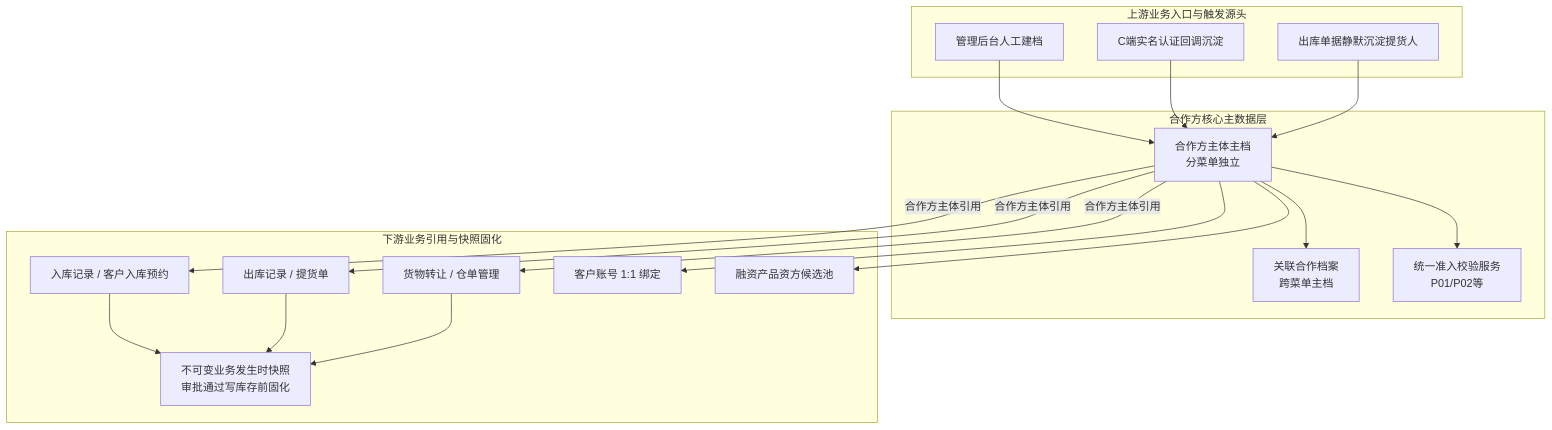
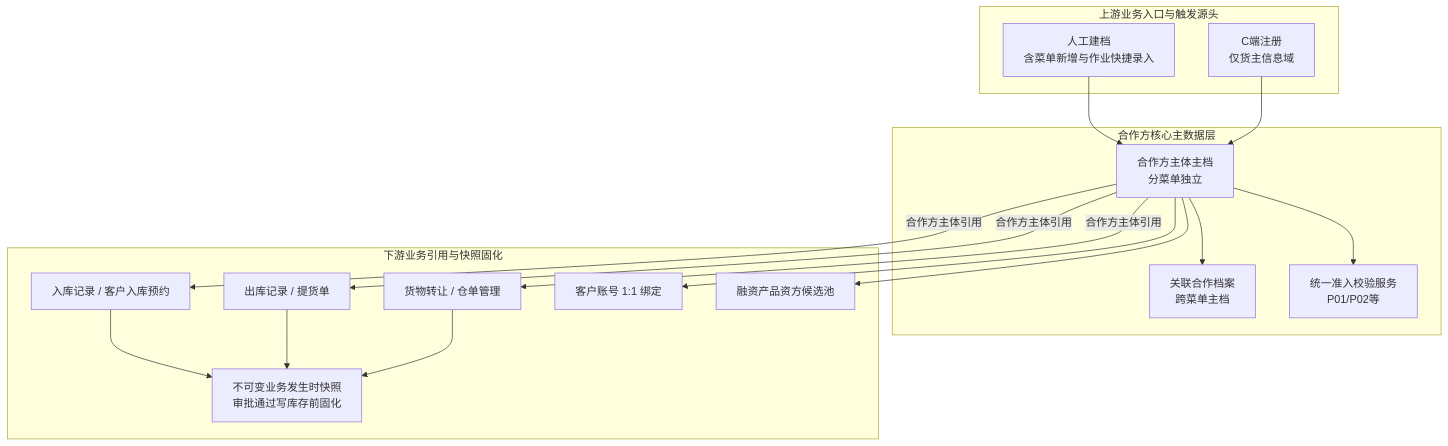
One commit to RobertHuang999/SYZC changed the first of 2 diagrams in 02-PRD文档/B-迭代需求/6.3版本（2026.09）/04-合作方档案/合作方主数据-公共主PRD.md. Above: the diagram before and after it, drawn with Mermaid. The commit also changed other lines of this file and 37 other files, not shown here.

````diff
--- a/02-PRD文档/B-迭代需求/6.3版本（2026.09）/04-合作方档案/合作方主数据-公共主PRD.md
+++ b/02-PRD文档/B-迭代需求/6.3版本（2026.09）/04-合作方档案/合作方主数据-公共主PRD.md
@@ -60,38 +60,36 @@
 ```mermaid
 flowchart TD
     subgraph S1[上游业务入口与触发源头]
-        A1[管理后台人工建档]
-        A2[C端实名认证回调沉淀]
-        A3[出库单据静默沉淀提货人]
+        A1[人工建档<br/>含菜单新增与作业快捷录入]
+        A2[C端注册<br/>仅货主信息域]
     end
 
     subgraph S2[合作方核心主数据层]
         B1[合作方主体主档<br/>分菜单独立]
         B2[关联合作档案<br/>跨菜单主档]
         B3[统一准入校验服务<br/>P01/P02等]
     end
 
     subgraph S3[下游业务引用与快照固化]
         C1[入库记录 / 客户入库预约]
         C2[出库记录 / 提货单]
         C3[货物转让 / 仓单管理]
         C4[客户账号 1:1 绑定]
         C5[融资产品资方候选池]
         D1[不可变业务发生时快照<br/>审批通过写库存前固化]
     end
 
     A1 --> B1
     A2 --> B1
-    A3 --> B1
     B1 --> B2
     B1 --> B3
 
     B1 -->|合作方主体引用| C1
     B1 -->|合作方主体引用| C2
     B1 -->|合作方主体引用| C3
     B1 --> C4
     B1 --> C5
     C1 --> D1
     C2 --> D1
     C3 --> D1
 ```
````
